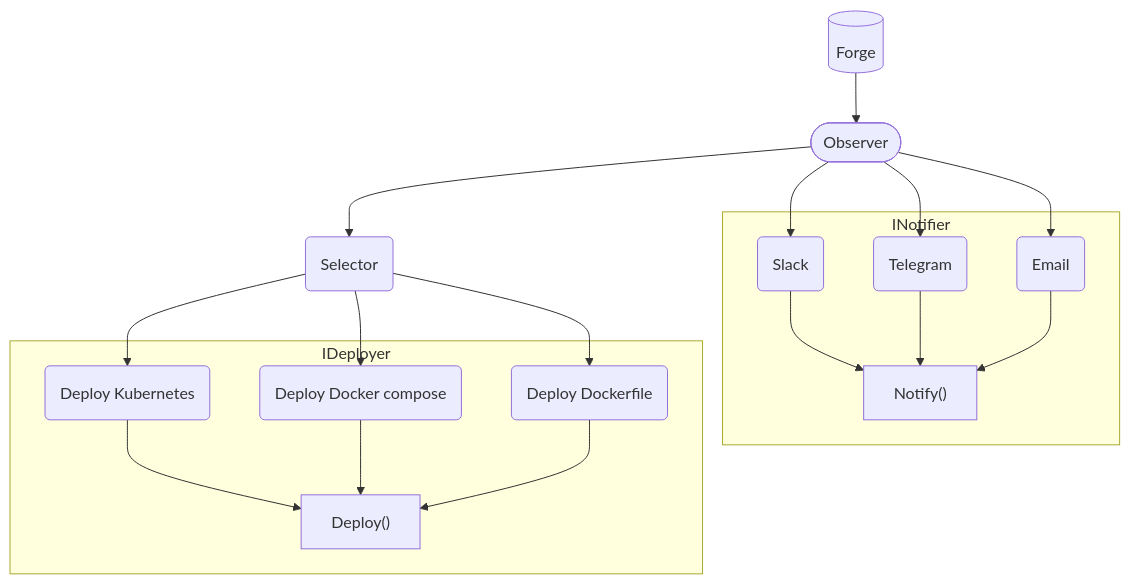
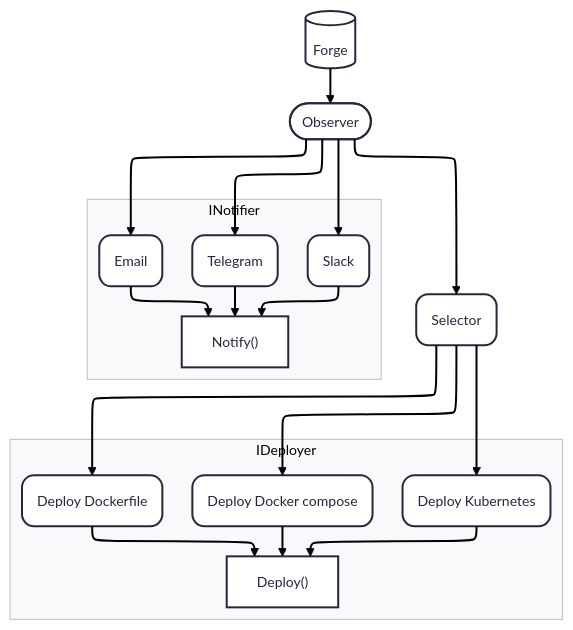
The diagram in README.md (Makefolder/forge), drawn with Mermaid before and after one commit. The commit also changed other lines of this file, not shown here.

````diff
--- a/README.md
+++ b/README.md
@@ -88,24 +88,29 @@
 ```mermaid
+---
+config:
+  theme: redux
+  layout: elk
+---
 flowchart TD
  subgraph INotifier["INotifier"]
         S("Slack")
         T("Telegram")
         E("Email")
         N["Notify()"]
   end
  subgraph IDeployer["IDeployer"]
         K("Deploy Kubernetes")
         DC("Deploy Docker compose")
         DF("Deploy Dockerfile")
         DP["Deploy()"]
   end
     S --> N
     T --> N
     E --> N
     F[("Forge")] --> O(["Observer"])
     O --> S & T & E & D("Selector")
     D --> K & DC & DF
     K --> DP
     DC --> DP
     DF --> DP
 ```
````
